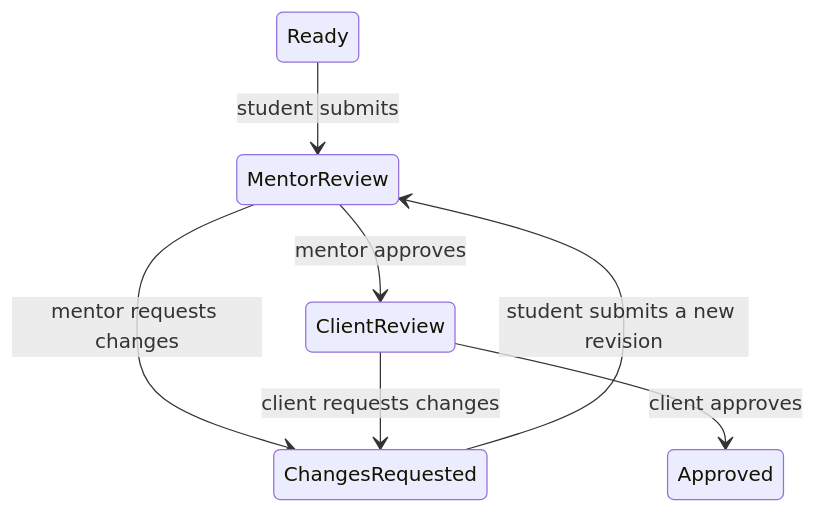
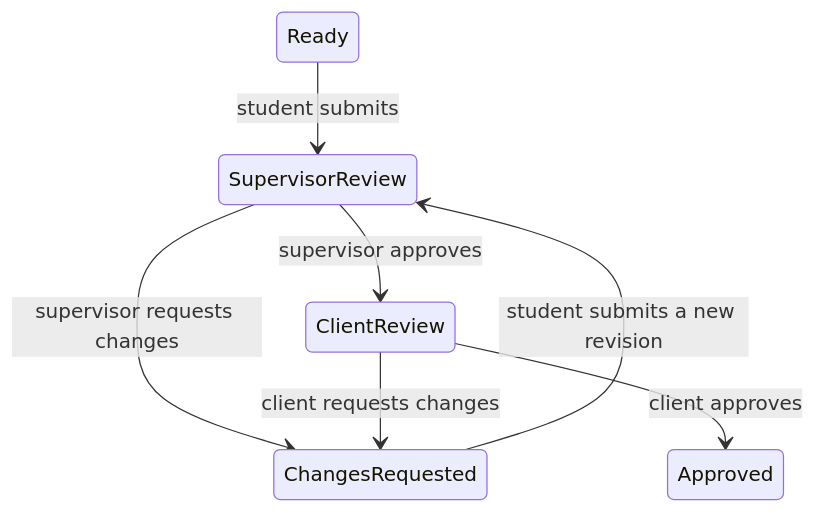
One commit to hediamara1208-commits/sipathon changed the third of 3 diagrams in SIP-A-THON/firststep/MODEL.md. Above: the diagram before and after it, drawn with Mermaid. The commit also changed other lines of this file and 5 other files, not shown here.

````diff
--- a/SIP-A-THON/firststep/MODEL.md
+++ b/SIP-A-THON/firststep/MODEL.md
@@ -41,9 +41,9 @@
 ```mermaid
 stateDiagram-v2
-  Ready --> MentorReview: student submits
-  MentorReview --> ChangesRequested: mentor requests changes
-  MentorReview --> ClientReview: mentor approves
+  Ready --> SupervisorReview: student submits
+  SupervisorReview --> ChangesRequested: supervisor requests changes
+  SupervisorReview --> ClientReview: supervisor approves
   ClientReview --> ChangesRequested: client requests changes
   ClientReview --> Approved: client approves
-  ChangesRequested --> MentorReview: student submits a new revision
+  ChangesRequested --> SupervisorReview: student submits a new revision
 ```
````
